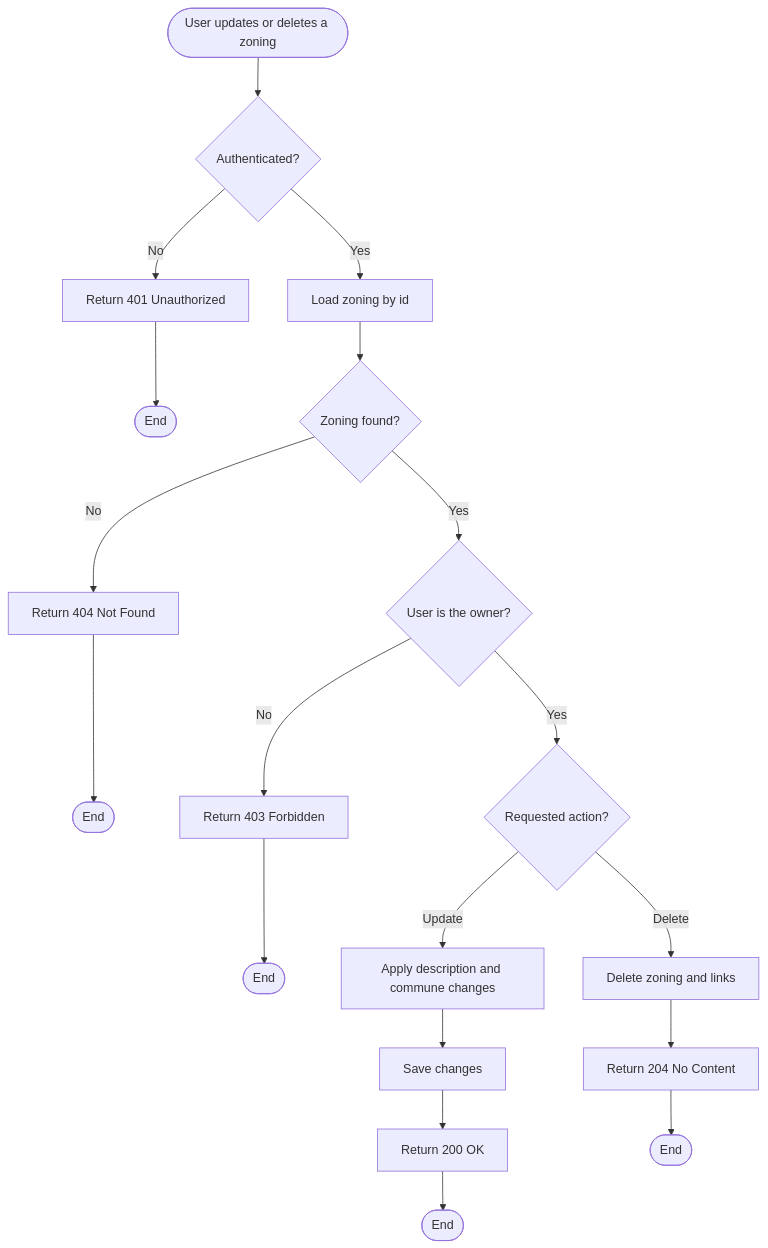
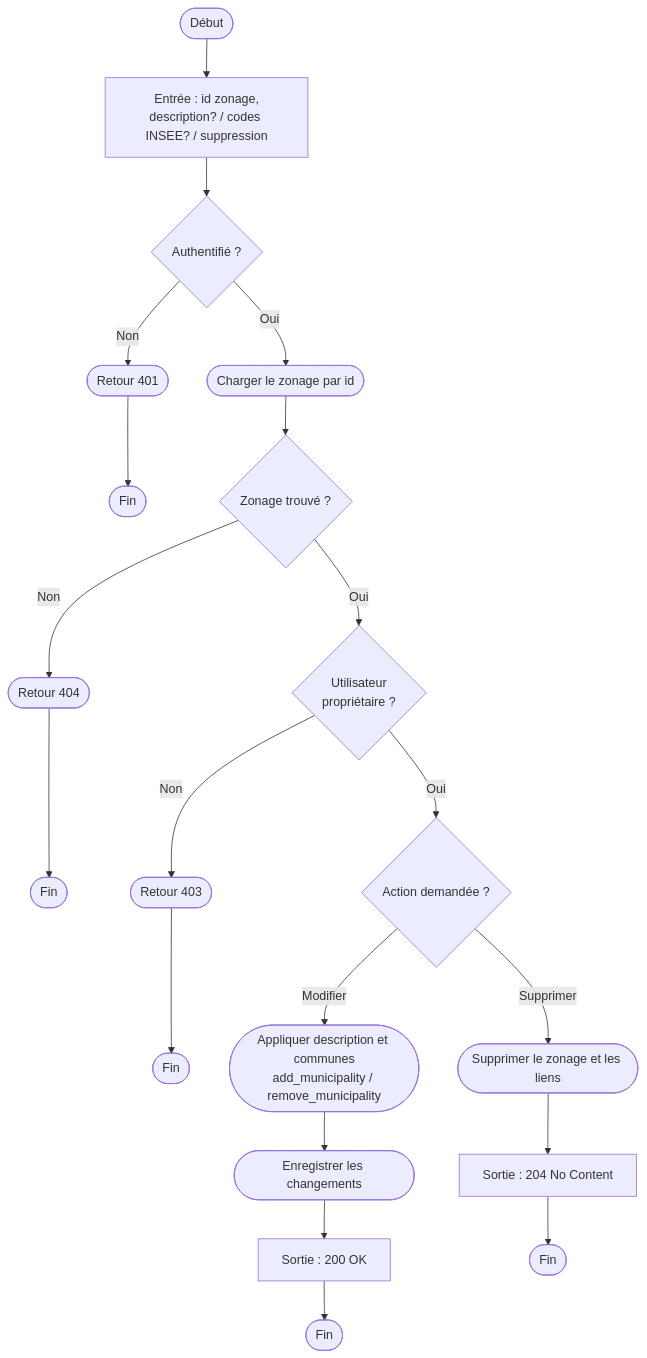
The eighth of 8 diagrams in doc/activity_diagram.md (gabriel-dahan/ensai-it-project-2a-team12), drawn with Mermaid before and after one commit. The commit also changed other lines of this file and 29 other files, not shown here.

Commit message:
New diagrams & reporr

````diff
--- a/doc/activity_diagram.md
+++ b/doc/activity_diagram.md
@@ -134,21 +164,22 @@
 ```mermaid
 flowchart TD
-    start([User updates or deletes a zoning]) --> auth{Authenticated?}
-    auth -->|No| unauth[Return 401 Unauthorized]
-    unauth --> endUnauth([End])
-    auth -->|Yes| load[Load zoning by id]
-    load --> found{Zoning found?}
-    found -->|No| notFound[Return 404 Not Found]
-    notFound --> end404([End])
-    found -->|Yes| owner{User is the owner?}
-    owner -->|No| forbidden[Return 403 Forbidden]
-    forbidden --> end403([End])
-    owner -->|Yes| action{Requested action?}
-    action -->|Update| update[Apply description and commune changes]
-    update --> persist[Save changes]
-    persist --> ok[Return 200 OK]
-    ok --> endOk([End])
-    action -->|Delete| deleteZ[Delete zoning and links]
-    deleteZ --> gone[Return 204 No Content]
-    gone --> endDel([End])
+    start([Début]) --> entree["Entrée : id zonage,\ndescription? / codes INSEE? / suppression"]
+    entree --> auth{Authentifié ?}
+    auth -->|Non| unauth([Retour 401])
+    unauth --> endUnauth([Fin])
+    auth -->|Oui| load([Charger le zonage par id])
+    load --> found{Zonage trouvé ?}
+    found -->|Non| notFound([Retour 404])
+    notFound --> end404([Fin])
+    found -->|Oui| owner{Utilisateur\npropriétaire ?}
+    owner -->|Non| forbidden([Retour 403])
+    forbidden --> end403([Fin])
+    owner -->|Oui| action{Action demandée ?}
+    action -->|Modifier| update(["Appliquer description et communes\nadd_municipality / remove_municipality"])
+    update --> persist([Enregistrer les changements])
+    persist --> ok["Sortie : 200 OK"]
+    ok --> endOk([Fin])
+    action -->|Supprimer| deleteZ([Supprimer le zonage et les liens])
+    deleteZ --> gone["Sortie : 204 No Content"]
+    gone --> endDel([Fin])
 ```
````
